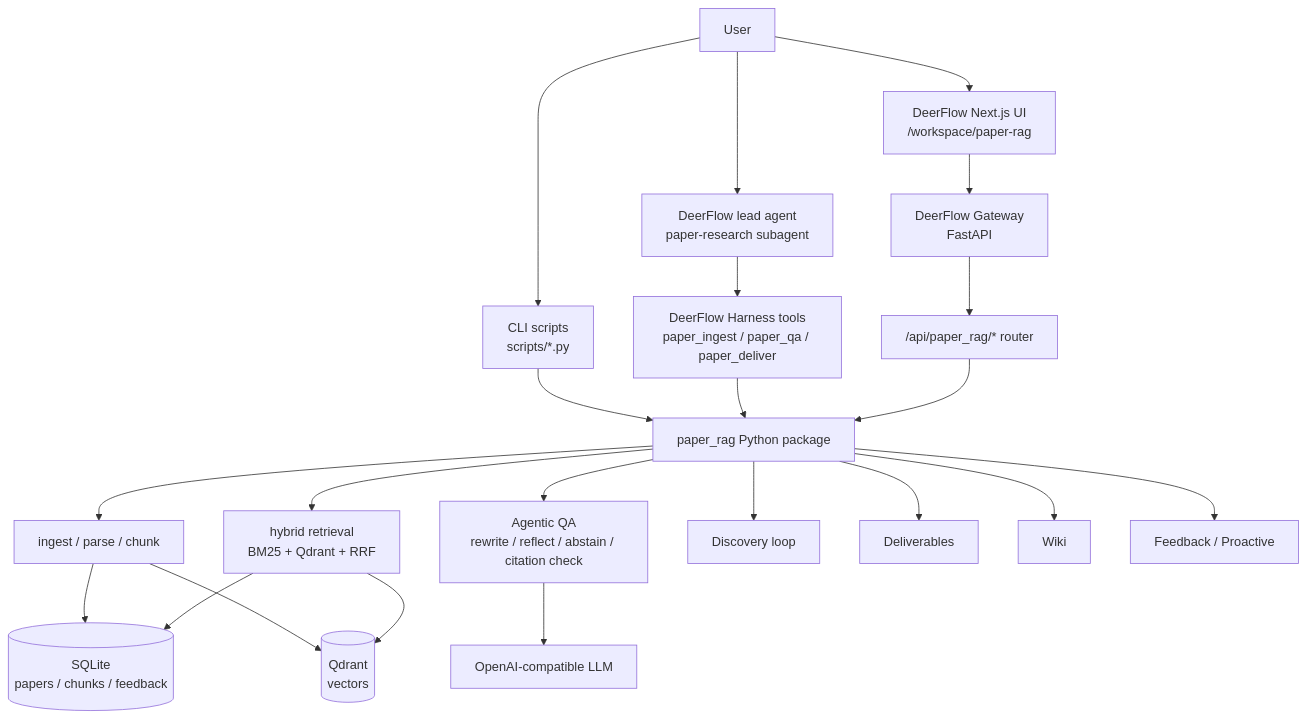
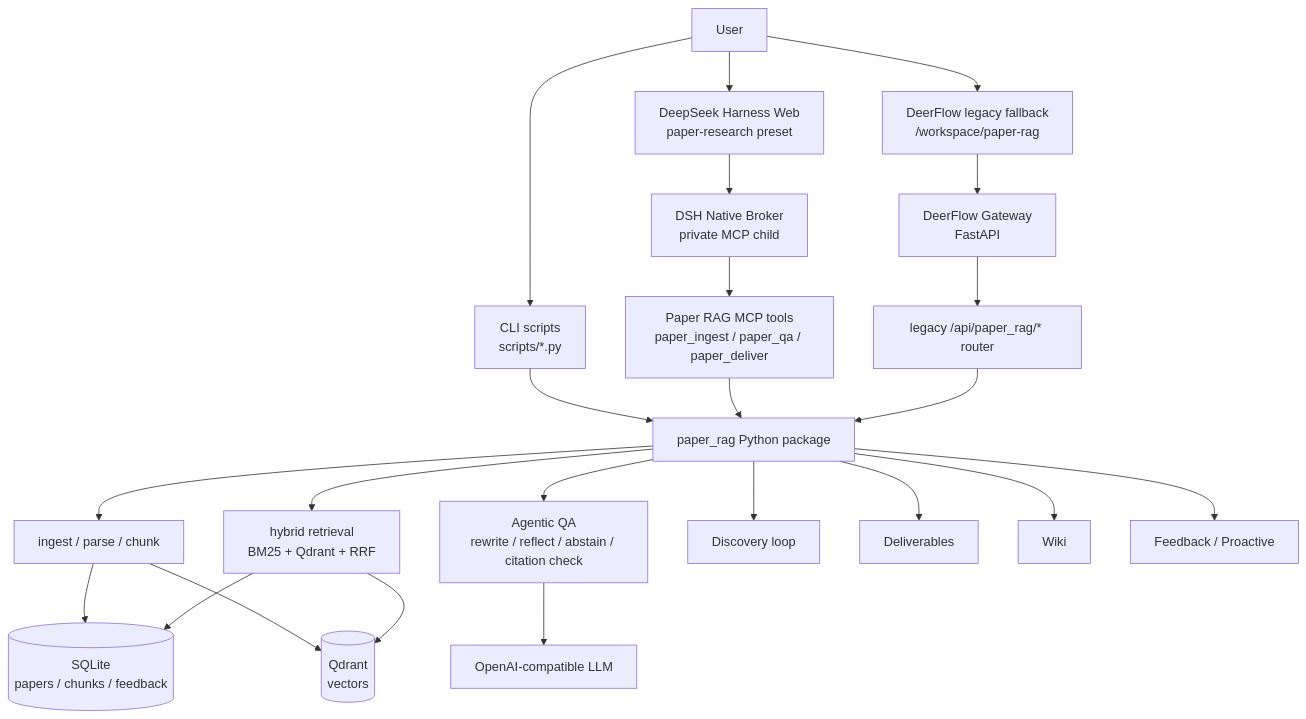
One commit to vve11/agentic_rag changed the diagram in README.md. Above: the diagram before and after it, drawn with Mermaid. The commit also changed other lines of this file and 14 other files, not shown here.

````diff
--- a/README.md
+++ b/README.md
@@ -47,27 +47,28 @@
 ```mermaid
 flowchart TB
-    U["User"] --> FE["DeerFlow Next.js UI<br/>/workspace/paper-rag"]
+    U["User"] --> FE["DeepSeek Harness Web<br/>paper-research preset"]
     U --> CLI["CLI scripts<br/>scripts/*.py"]
-    U --> AGENT["DeerFlow lead agent<br/>paper-research subagent"]
+    U --> LEGACY["DeerFlow legacy fallback<br/>/workspace/paper-rag"]
 
-    FE --> GW["DeerFlow Gateway<br/>FastAPI"]
-    AGENT --> HARNESS["DeerFlow Harness tools<br/>paper_ingest / paper_qa / paper_deliver"]
+    FE --> BROKER["DSH Native Broker<br/>private MCP child"]
+    BROKER --> MCP["Paper RAG MCP tools<br/>paper_ingest / paper_qa / paper_deliver"]
     CLI --> PKG["paper_rag Python package"]
-    GW --> ROUTER["/api/paper_rag/* router"]
-    HARNESS --> PKG
+    LEGACY --> GW["DeerFlow Gateway<br/>FastAPI"]
+    GW --> ROUTER["legacy /api/paper_rag/* router"]
+    MCP --> PKG
     ROUTER --> PKG
 
     PKG --> INGEST["ingest / parse / chunk"]
     PKG --> RET["hybrid retrieval<br/>BM25 + Qdrant + RRF"]
     PKG --> QA["Agentic QA<br/>rewrite / reflect / abstain / citation check"]
     PKG --> DISC["Discovery loop"]
     PKG --> DELIVER["Deliverables"]
     PKG --> WIKI["Wiki"]
     PKG --> PRO["Feedback / Proactive"]
 
     INGEST --> SQL[("SQLite<br/>papers / chunks / feedback")]
     INGEST --> QDR[("Qdrant<br/>vectors")]
     RET --> SQL
     RET --> QDR
     QA --> LLM["OpenAI-compatible LLM"]
 ```
````
